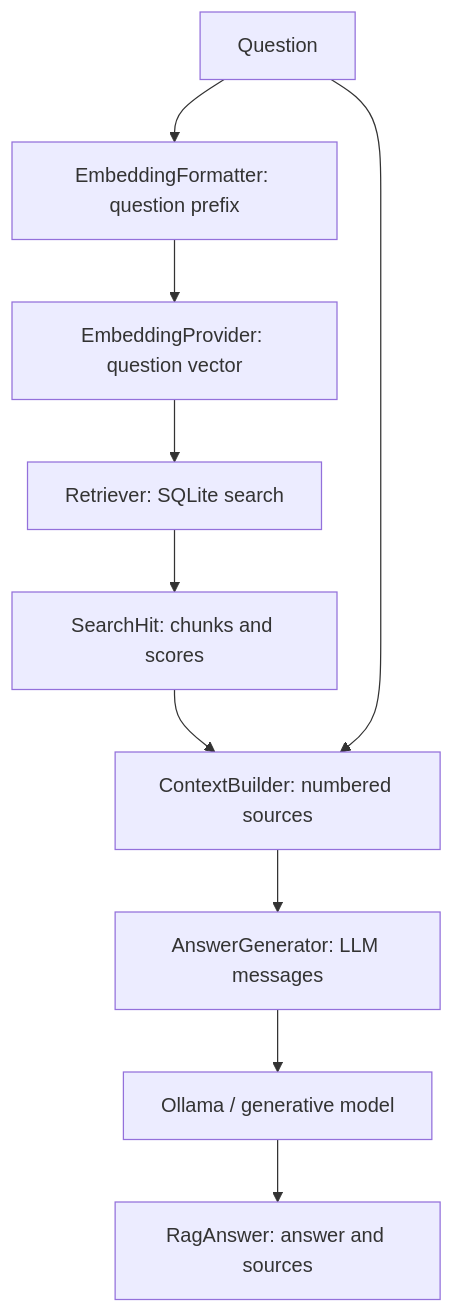
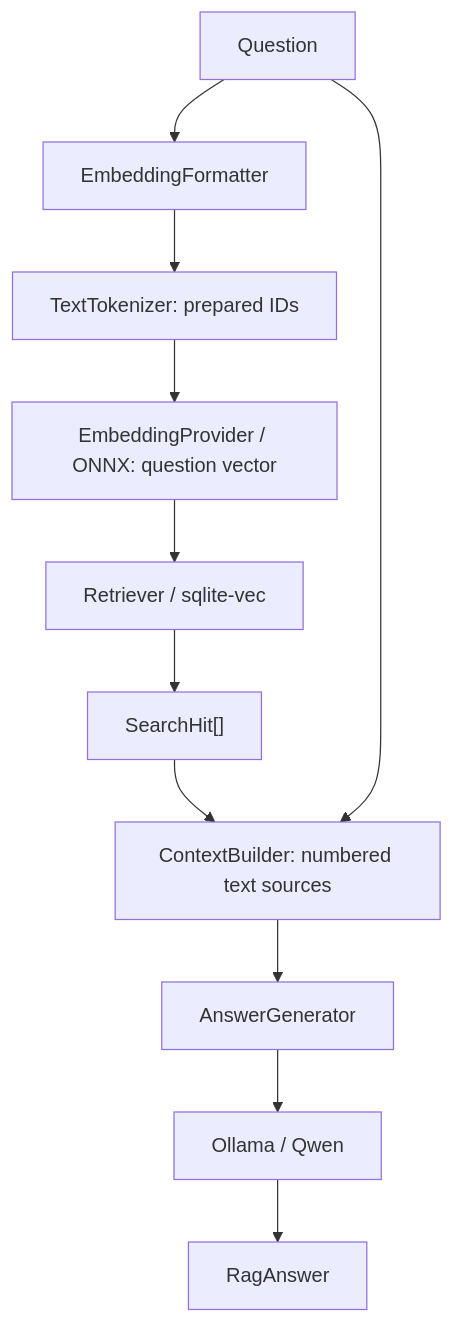
Before and after one commit to ichernetskii/multimodal-rag-knowledge-base: the second of 2 diagrams in README.md, drawn with Mermaid. The commit also changed other lines of this file and 30 other files, not shown here.

````diff
--- a/README.md
+++ b/README.md
@@ -156,12 +162,13 @@
 ```mermaid
 flowchart TD
-  Q["Question"] --> F["EmbeddingFormatter: question prefix"]
-  F --> E["EmbeddingProvider: question vector"]
-  E --> R["Retriever: SQLite search"]
-  R --> H["SearchHit: chunks and scores"]
-  H --> C["ContextBuilder: numbered sources"]
+  Q["Question"] --> F["EmbeddingFormatter"]
+  F --> T["TextTokenizer: prepared IDs"]
+  T --> E["EmbeddingProvider / ONNX: question vector"]
+  E --> R["Retriever / sqlite-vec"]
+  R --> H["SearchHit[]"]
+  H --> C["ContextBuilder: numbered text sources"]
   Q --> C
-  C --> G["AnswerGenerator: LLM messages"]
-  G --> O["Ollama / generative model"]
-  O --> A["RagAnswer: answer and sources"]
+  C --> G["AnswerGenerator"]
+  G --> O["Ollama / Qwen"]
+  O --> A["RagAnswer"]
 ```
````
